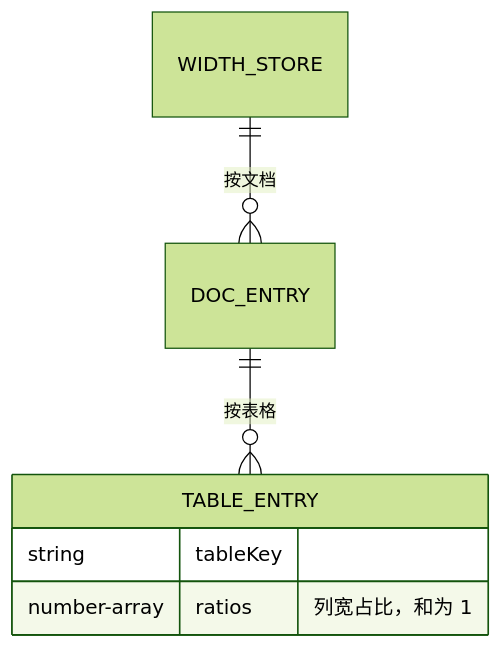
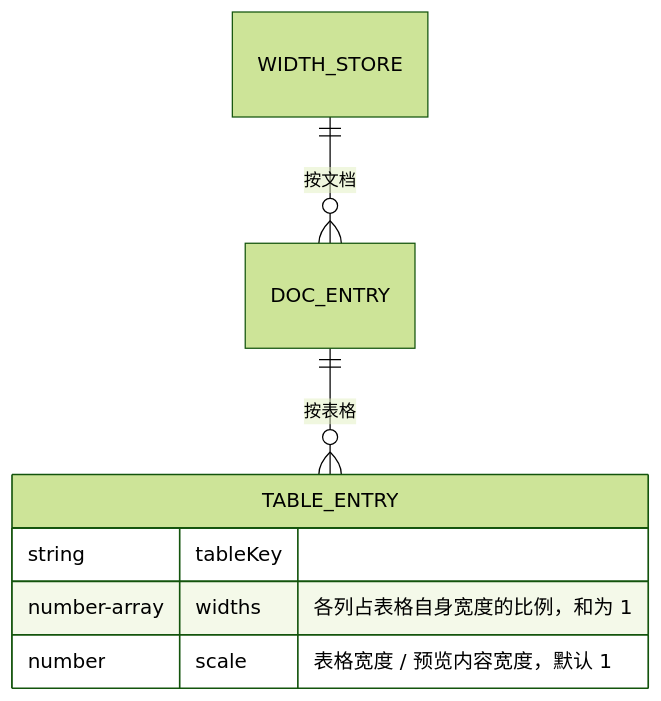
The second of 4 diagrams in docs/预览表格列宽调整.md (Harley-xk/mark-it), drawn with Mermaid (forest theme) before and after one commit. The commit also changed other lines of this file and 10 other files, not shown here.

````diff
--- a/docs/预览表格列宽调整.md
+++ b/docs/预览表格列宽调整.md
@@ -81,9 +84,10 @@
 ```mermaid
 erDiagram
   WIDTH_STORE ||--o{ DOC_ENTRY : "按文档"
   DOC_ENTRY ||--o{ TABLE_ENTRY : "按表格"
   TABLE_ENTRY {
     string tableKey
-    number-array ratios "列宽占比，和为 1"
+    number-array widths "各列占表格自身宽度的比例，和为 1"
+    number scale "表格宽度 / 预览内容宽度，默认 1"
   }
 ```
````
